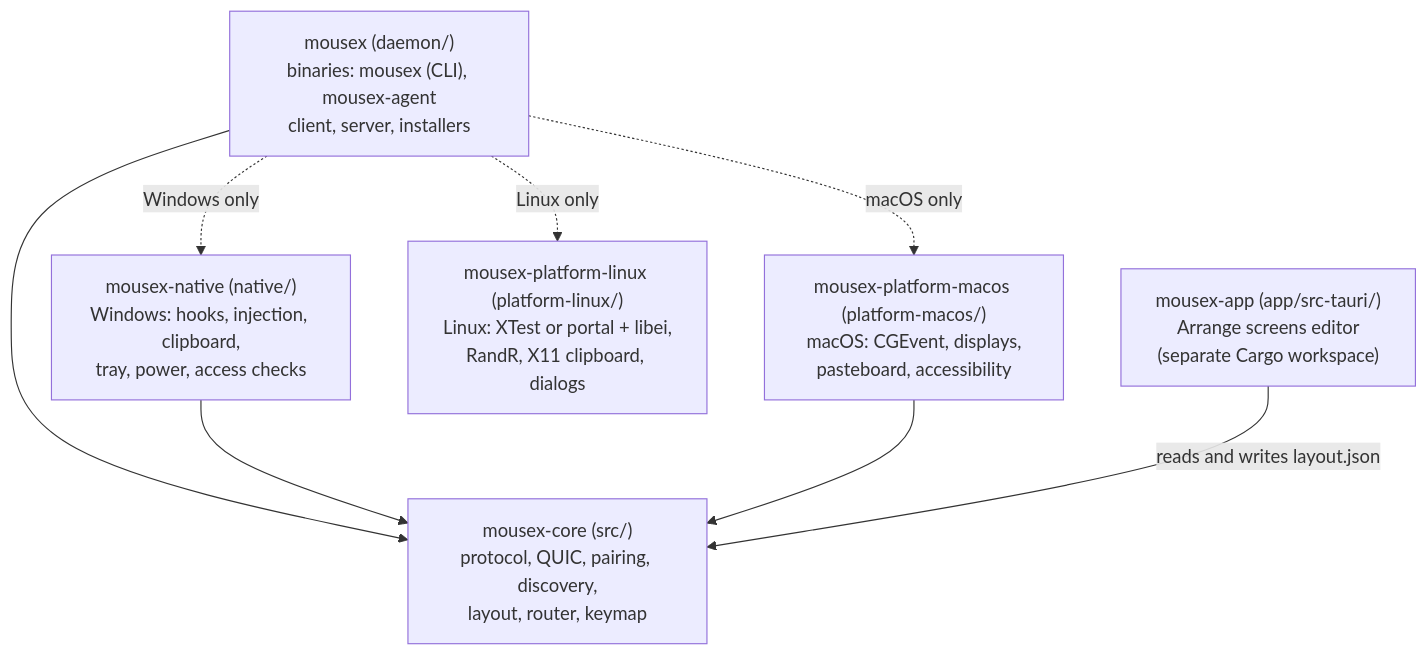
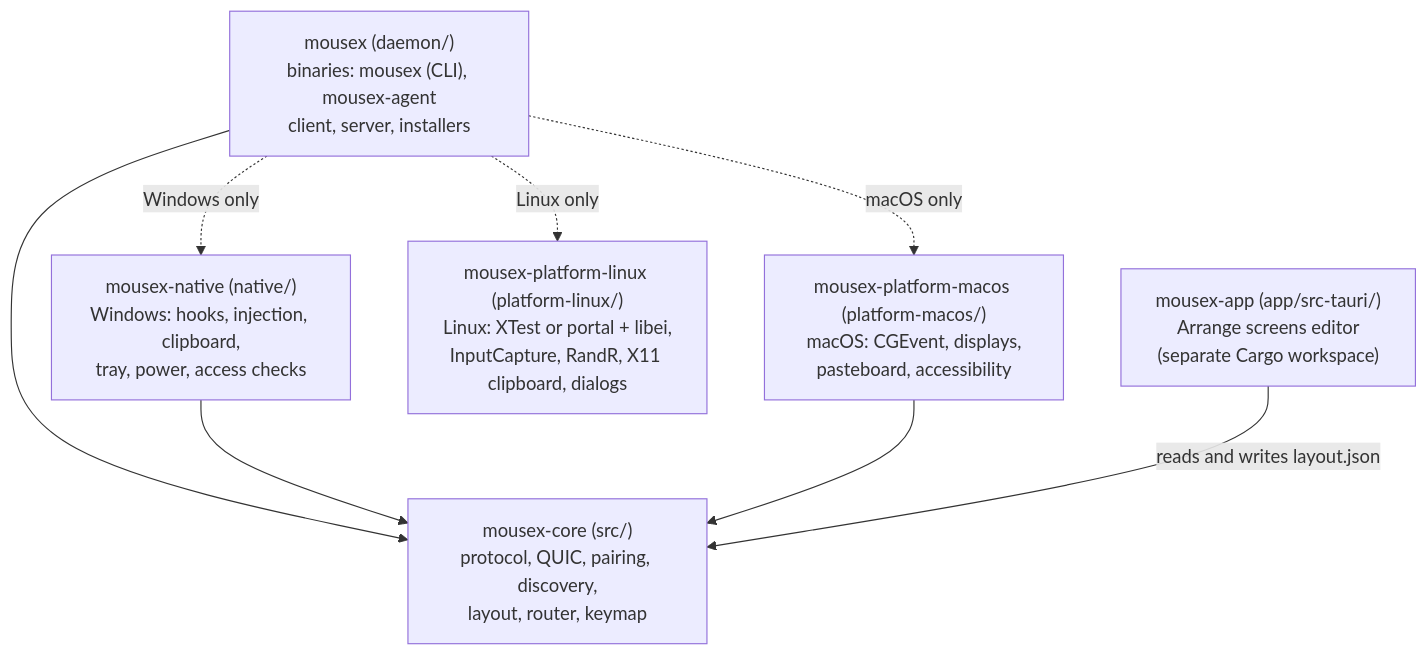
The first of 5 diagrams in docs/ARCHITECTURE.md (actus7/mousex), drawn with Mermaid before and after one commit. The commit also changed other lines of this file and 4 other files, not shown here.

First line of the commit message:
docs: Linux como computador principal; mousex monitor, side e arrange

````diff
--- a/docs/ARCHITECTURE.md
+++ b/docs/ARCHITECTURE.md
@@ -7,17 +7,17 @@
 ```mermaid
 flowchart TB
     core["mousex-core (src/)<br/>protocol, QUIC, pairing, discovery,<br/>layout, router, keymap"]
     native["mousex-native (native/)<br/>Windows: hooks, injection, clipboard,<br/>tray, power, access checks"]
     macos["mousex-platform-macos (platform-macos/)<br/>macOS: CGEvent, displays,<br/>pasteboard, accessibility"]
-    linux["mousex-platform-linux (platform-linux/)<br/>Linux: XTest or portal + libei,<br/>RandR, X11 clipboard, dialogs"]
+    linux["mousex-platform-linux (platform-linux/)<br/>Linux: XTest or portal + libei,<br/>InputCapture, RandR, X11 clipboard, dialogs"]
     daemon["mousex (daemon/)<br/>binaries: mousex (CLI), mousex-agent<br/>client, server, installers"]
     app["mousex-app (app/src-tauri/)<br/>Arrange screens editor<br/>(separate Cargo workspace)"]
 
     daemon --> core
     daemon -. "Windows only" .-> native
     daemon -. "macOS only" .-> macos
     daemon -. "Linux only" .-> linux
     native --> core
     macos --> core
     app -- "reads and writes layout.json" --> core
 ```
````
